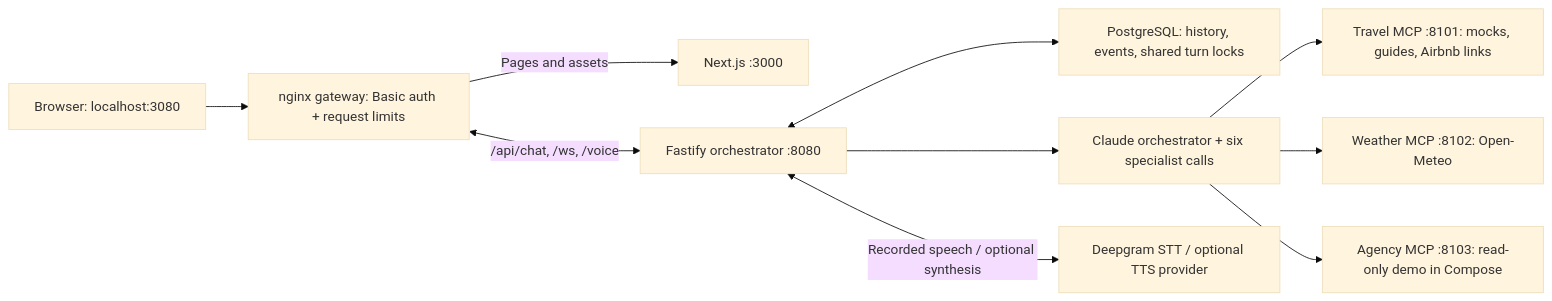
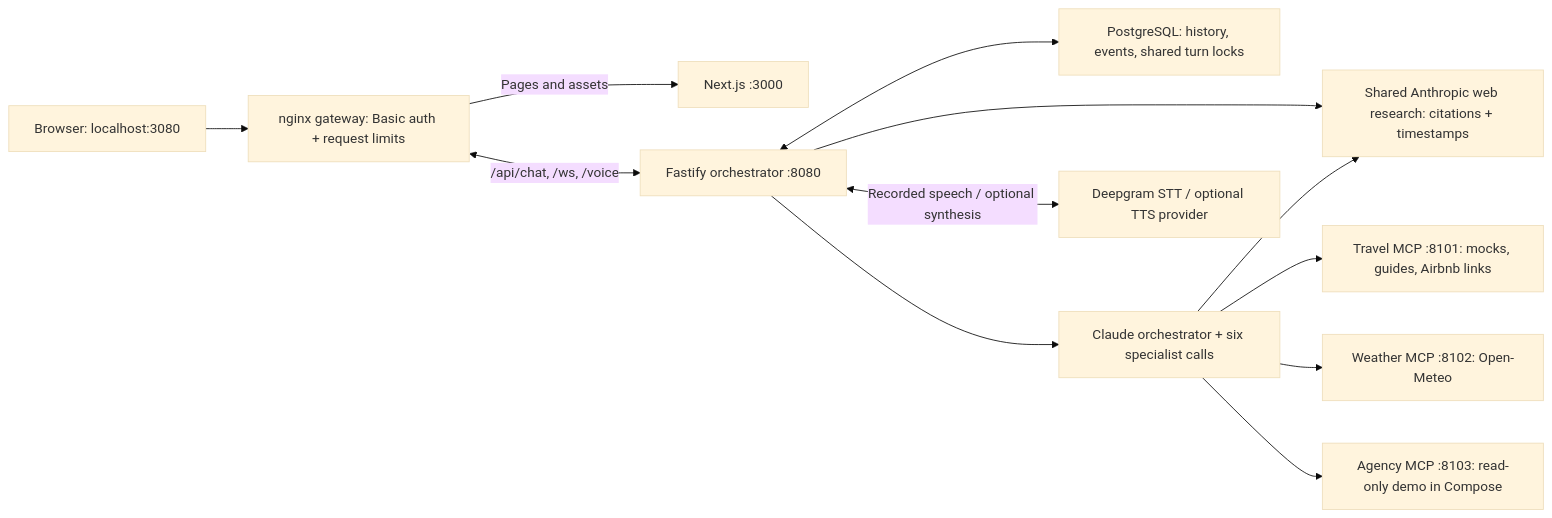
The first of 2 diagrams in ARCHITECTURE.md (rohansawant07/voice-agentic-ai), drawn with Mermaid (base theme) before and after one commit. The commit also changed other lines of this file and 15 other files, not shown here.

Commit message:
Give every agent bounded web research with visible sources

````diff
--- a/ARCHITECTURE.md
+++ b/ARCHITECTURE.md
@@ -10,12 +10,14 @@
 ```mermaid
 flowchart LR
   U["Browser: localhost:3080"] --> G["nginx gateway: Basic auth + request limits"]
   G -->|Pages and assets| WEB["Next.js :3000"]
   G <-->|"/api/chat, /ws, /voice"| O["Fastify orchestrator :8080"]
   O <--> DB["PostgreSQL: history, events, shared turn locks"]
+  O --> SEARCH["Shared Anthropic web research: citations + timestamps"]
+  AI --> SEARCH
   O --> AI["Claude orchestrator + six specialist calls"]
   O <-->|Recorded speech / optional synthesis| VOICE["Deepgram STT / optional TTS provider"]
   AI --> T["Travel MCP :8101: mocks, guides, Airbnb links"]
   AI --> W["Weather MCP :8102: Open-Meteo"]
   AI --> A["Agency MCP :8103: read-only demo in Compose"]
 ```
````
